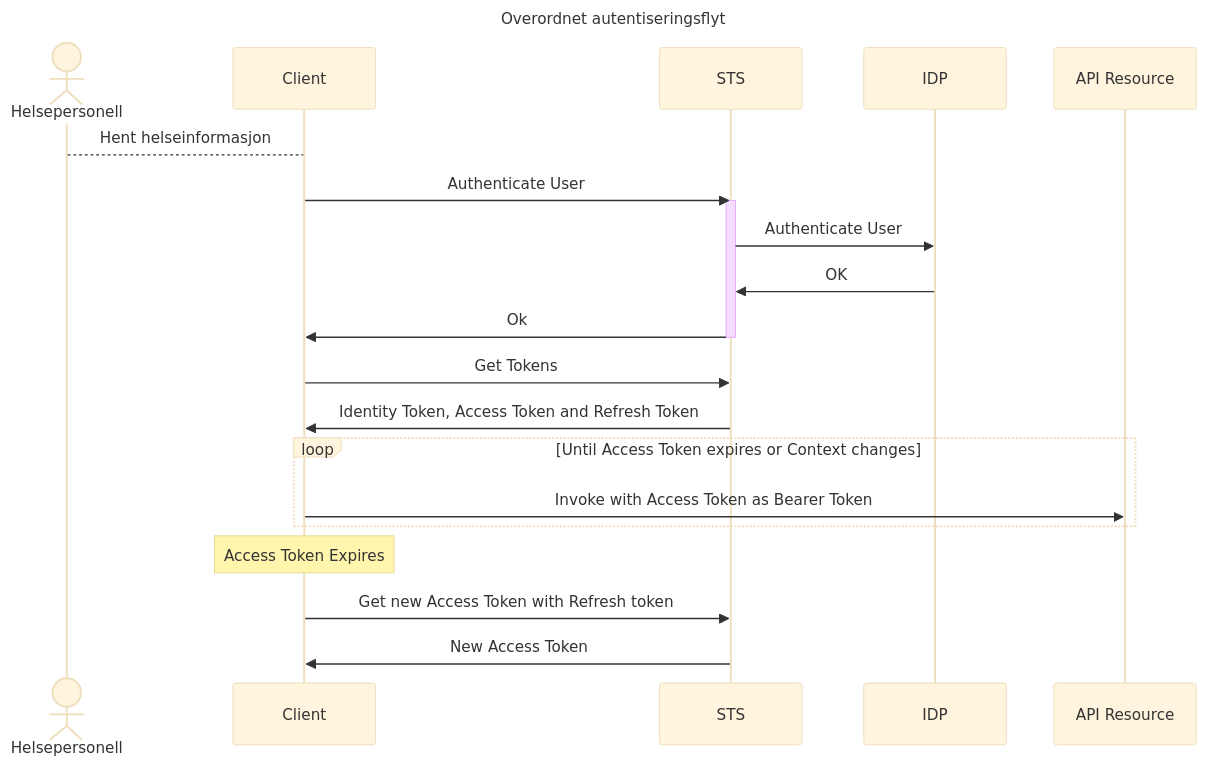
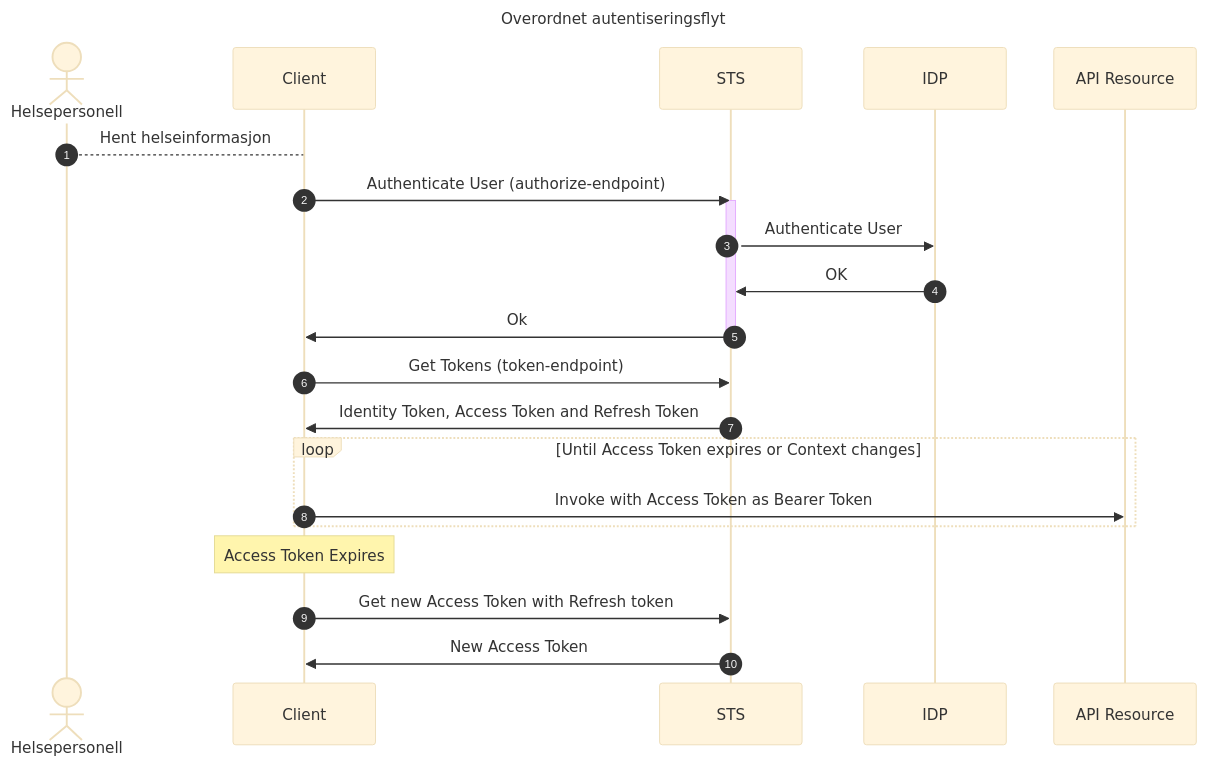
Before and after one commit to NorskHelsenett/Tillitsrammeverk: the diagram in specs/bruk_av_oidc.md, drawn with Mermaid (base theme). The commit also changed other lines of this file, not shown here.

````diff
--- a/specs/bruk_av_oidc.md
+++ b/specs/bruk_av_oidc.md
@@ -49,28 +51,29 @@
 ```mermaid
 sequenceDiagram 
+  autonumber
   title Overordnet autentiseringsflyt
   actor HP as Helsepersonell
   participant RP as Client
   participant HelseID as STS
   participant IDP
   participant API as API Resource
 
   HP-->RP: Hent helseinformasjon  
-  RP->>HelseID: Authenticate User
+  RP->>HelseID: Authenticate User (authorize-endpoint)
   activate HelseID
   HelseID->>IDP: Authenticate User
   IDP->>HelseID: OK
   HelseID->>RP: Ok
   deactivate HelseID
   
-  RP->>HelseID: Get Tokens
+  RP->>HelseID: Get Tokens (token-endpoint)
   HelseID->>RP: Identity Token, Access Token and Refresh Token
   loop Until Access Token expires or Context changes
   RP->>API: Invoke with Access Token as Bearer Token
   end
 
 Note over RP: Access Token Expires
 RP->>HelseID: Get new Access Token with Refresh token   
 HelseID->>RP: New Access Token 
  
 ```
````
